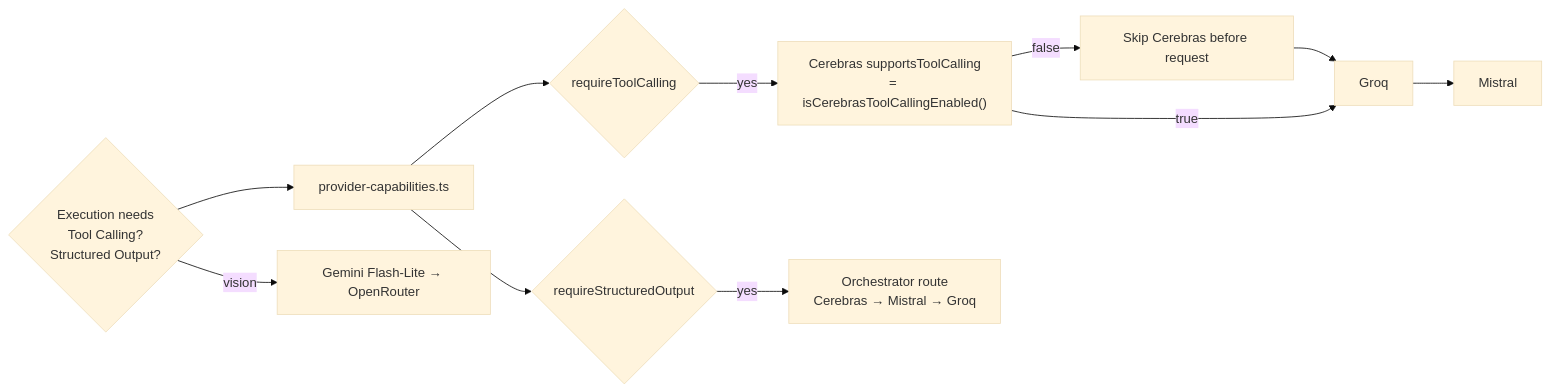
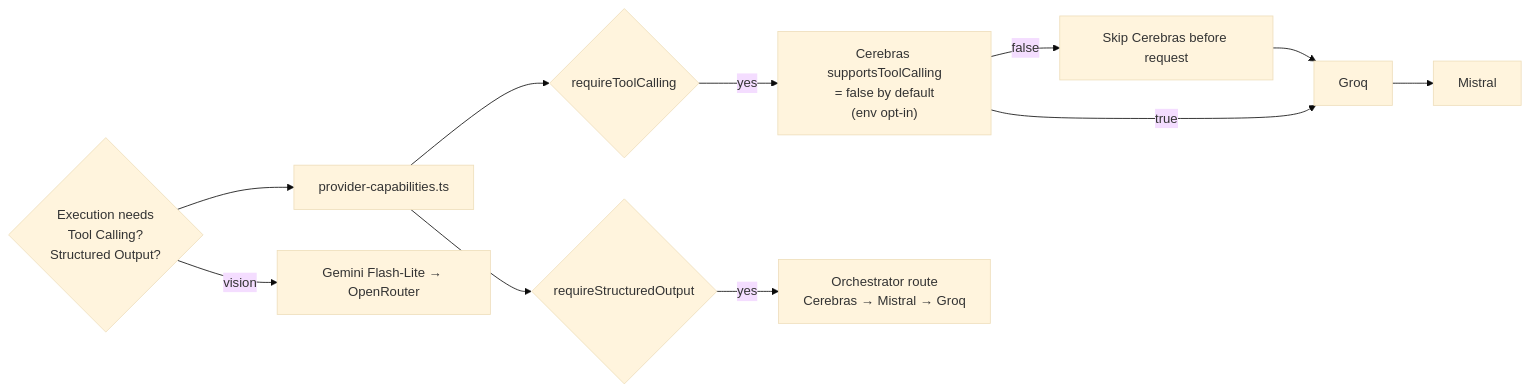
Before and after one commit to skyasu2/openmanager-ai: the second of 2 diagrams in docs/reference/architecture/ai/ai-engine-architecture.md, drawn with Mermaid (base theme). The commit also changed other lines of this file and 10 other files, not shown here.

Commit message:
fix(ai-engine): default cerebras tool loop to opt-in

````diff
--- a/docs/reference/architecture/ai/ai-engine-architecture.md
+++ b/docs/reference/architecture/ai/ai-engine-architecture.md
@@ -79,15 +79,15 @@
 ```mermaid
 flowchart LR
     Need{"Execution needs\nTool Calling?\nStructured Output?"} --> Caps["provider-capabilities.ts"]
     Caps --> TC{"requireToolCalling"}
     Caps --> SO{"requireStructuredOutput"}
 
-    TC -->|yes| CerebrasTool["Cerebras supportsToolCalling\n= isCerebrasToolCallingEnabled()"]
+    TC -->|yes| CerebrasTool["Cerebras supportsToolCalling\n= false by default\n(env opt-in)"]
     CerebrasTool -->|false| Skip["Skip Cerebras before request"]
     Skip --> Groq["Groq"]
     Groq --> Mistral["Mistral"]
     CerebrasTool -->|true| Groq
 
     SO -->|yes| Structured["Orchestrator route\nCerebras → Mistral → Groq"]
     Need -->|vision| Vision["Gemini Flash-Lite → OpenRouter"]
 ```
````
